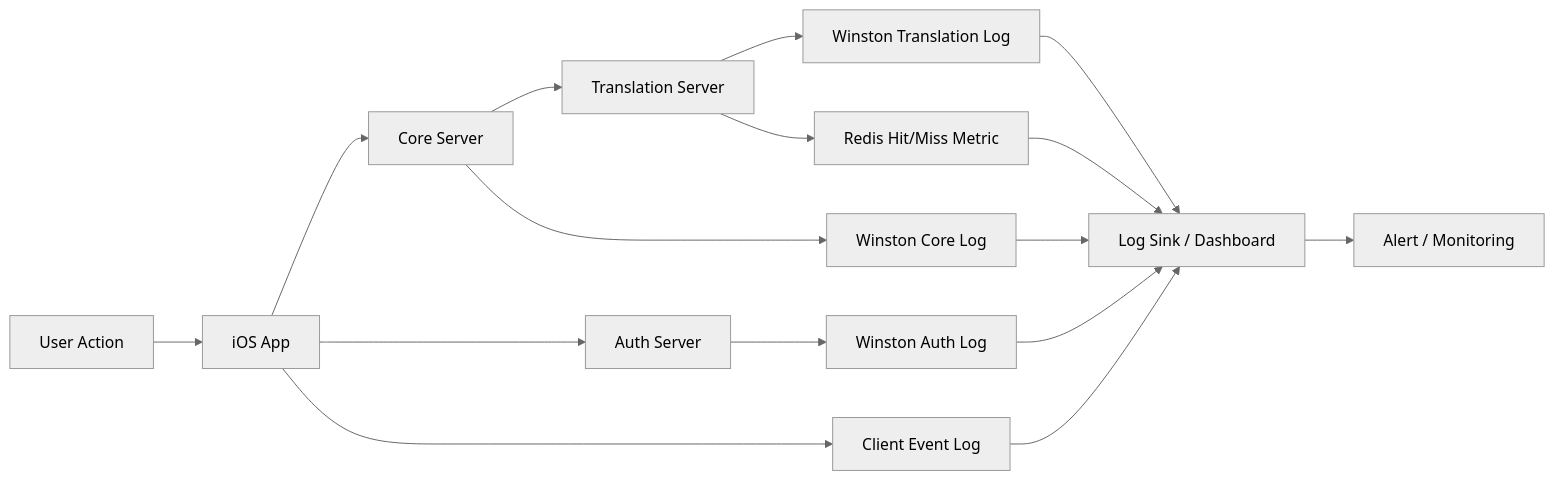
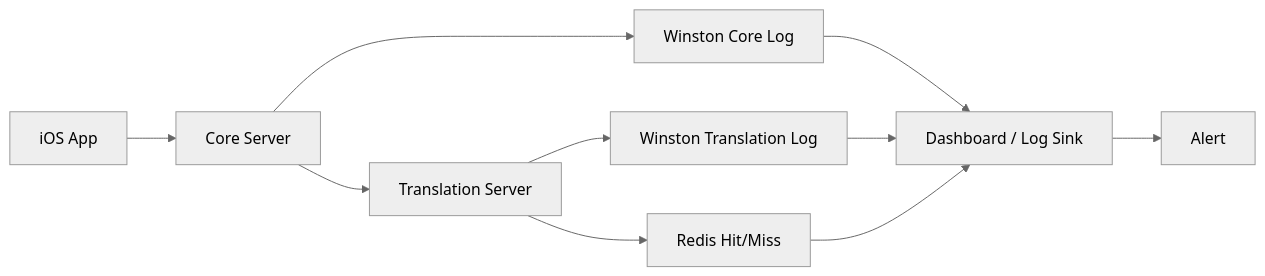
Before and after one commit to HwangSeokBeom/GamePediaDocs: the diagram in docs/06-quality/logging-monitoring.md, drawn with Mermaid (neutral theme). The commit also changed other lines of this file and 8 other files, not shown here.

Commit message:
Update architecture docs and add branch strategy

````diff
--- a/docs/06-quality/logging-monitoring.md
+++ b/docs/06-quality/logging-monitoring.md
@@ -46,20 +53,12 @@
 ```mermaid
 flowchart LR
-    User[User Action] --> App[iOS App]
-    App --> Core[Core Server]
-    App --> Auth[Auth Server]
+    App[iOS App] --> Core[Core Server]
+    Core --> CoreLog[Winston Core Log]
     Core --> Translation[Translation Server]
-
-    App --> ClientLog[Client Event Log]
-    Auth --> AuthLog[Winston Auth Log]
-    Core --> CoreLog[Winston Core Log]
     Translation --> TranslationLog[Winston Translation Log]
-
-    Translation --> CacheMetric[Redis Hit/Miss Metric]
-    AuthLog --> Sink[Log Sink / Dashboard]
-    CoreLog --> Sink
-    TranslationLog --> Sink
-    ClientLog --> Sink
-    CacheMetric --> Sink
-    Sink --> Alert[Alert / Monitoring]
+    Translation --> RedisMetric[Redis Hit/Miss]
+    CoreLog --> Dashboard[Dashboard / Log Sink]
+    TranslationLog --> Dashboard
+    RedisMetric --> Dashboard
+    Dashboard --> Alert[Alert]
 ```
````
